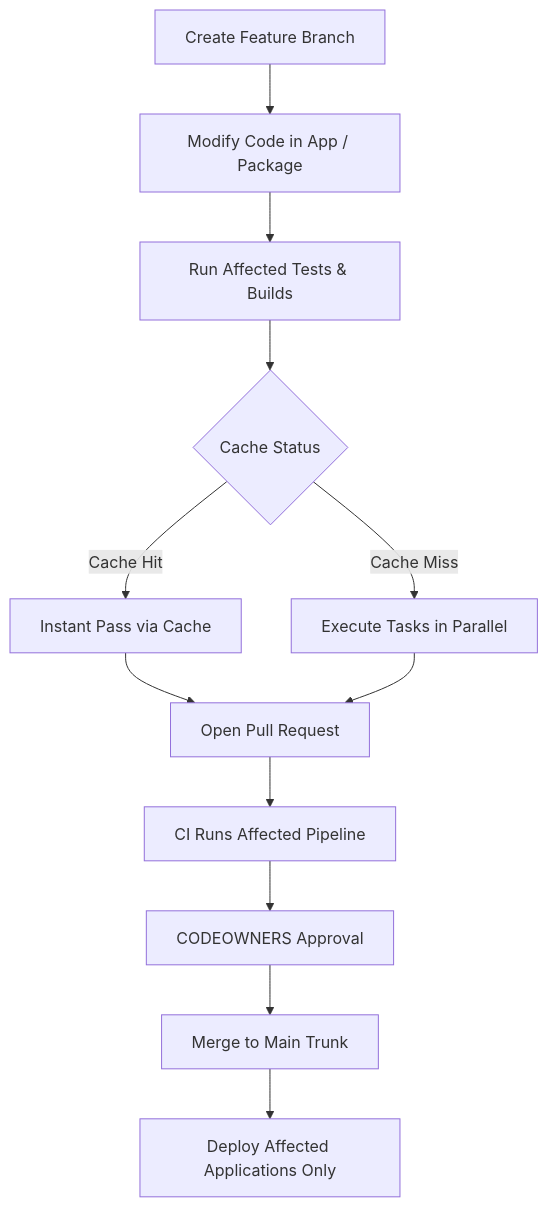
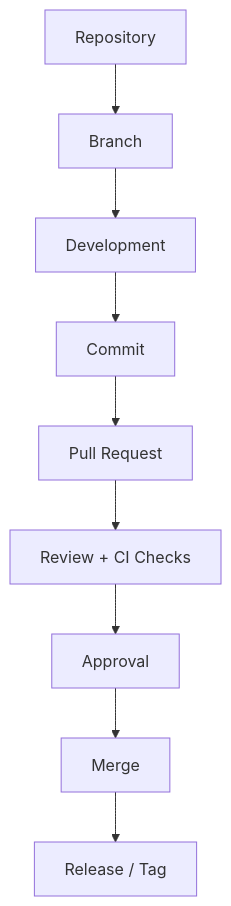
The diagram in mono_repo.md (amrendra-25tech/new-code), drawn with Mermaid before and after one commit. The commit also changed other lines of this file, not shown here.

````diff
--- a/mono_repo.md
+++ b/mono_repo.md
@@ -82,13 +82,11 @@
 ```mermaid
 flowchart TD
-    A[Create Feature Branch] --> B[Modify Code in App / Package]
-    B --> C[Run Affected Tests & Builds]
-    C --> D{Cache Status}
-    D -->|Cache Hit| E[Instant Pass via Cache]
-    D -->|Cache Miss| F[Execute Tasks in Parallel]
-    E & F --> G[Open Pull Request]
-    G --> H[CI Runs Affected Pipeline]
-    H --> I[CODEOWNERS Approval]
-    I --> J[Merge to Main Trunk]
-    J --> K[Deploy Affected Applications Only]
+    A[Repository] --> B[Branch]
+    B --> C[Development]
+    C --> D[Commit]
+    D --> E[Pull Request]
+    E --> F[Review + CI Checks]
+    F --> G[Approval]
+    G --> H[Merge]
+    H --> I[Release / Tag]
 ```
````
